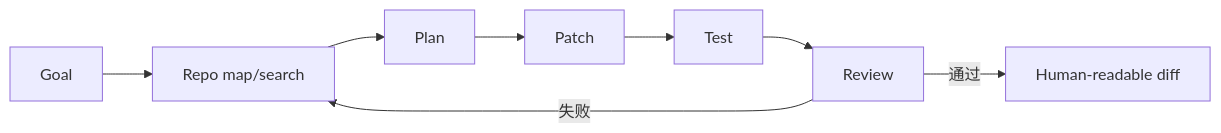
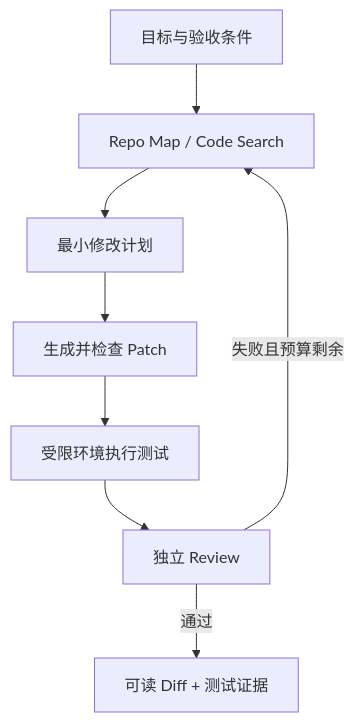
The first of 5 diagrams in docs/part-07-advanced/ch33-agentic-coding.md (wujinjun/ai-agent-book), drawn with Mermaid before and after one commit. The commit also changed other lines of this file and 536 other files, not shown here.

````diff
--- a/docs/part-07-advanced/ch33-agentic-coding.md
+++ b/docs/part-07-advanced/ch33-agentic-coding.md
@@ -20,9 +22,13 @@
 ```mermaid
 %% id: coding-agent-patch-verification-loop
 %% title: Coding Agent Patch 验证闭环
 %% alt: 目标经仓库地图搜索计划最小 Patch 测试和评审，失败返回检查，通过后交付可读 Diff
-flowchart LR
-    Goal --> Inspect["Repo map/search"] --> Plan --> Patch --> Test --> Review
-    Review -->|失败| Inspect
-    Review -->|通过| Diff["Human-readable diff"]
+flowchart TB
+    Goal["目标与验收条件"] --> Inspect["Repo Map / Code Search"]
+    Inspect --> Plan["最小修改计划"]
+    Plan --> Patch["生成并检查 Patch"]
+    Patch --> Test["受限环境执行测试"]
+    Test --> Review["独立 Review"]
+    Review -->|失败且预算剩余| Inspect
+    Review -->|通过| Diff["可读 Diff + 测试证据"]
 ```
````
